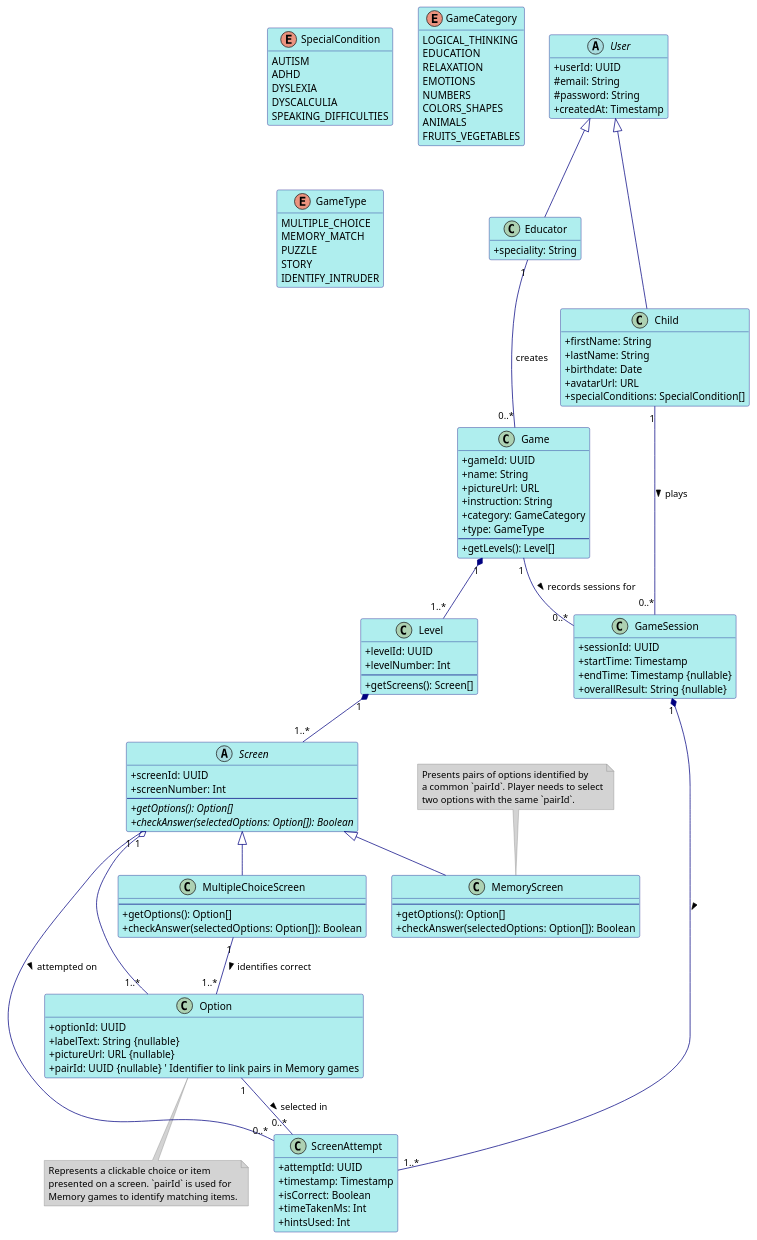
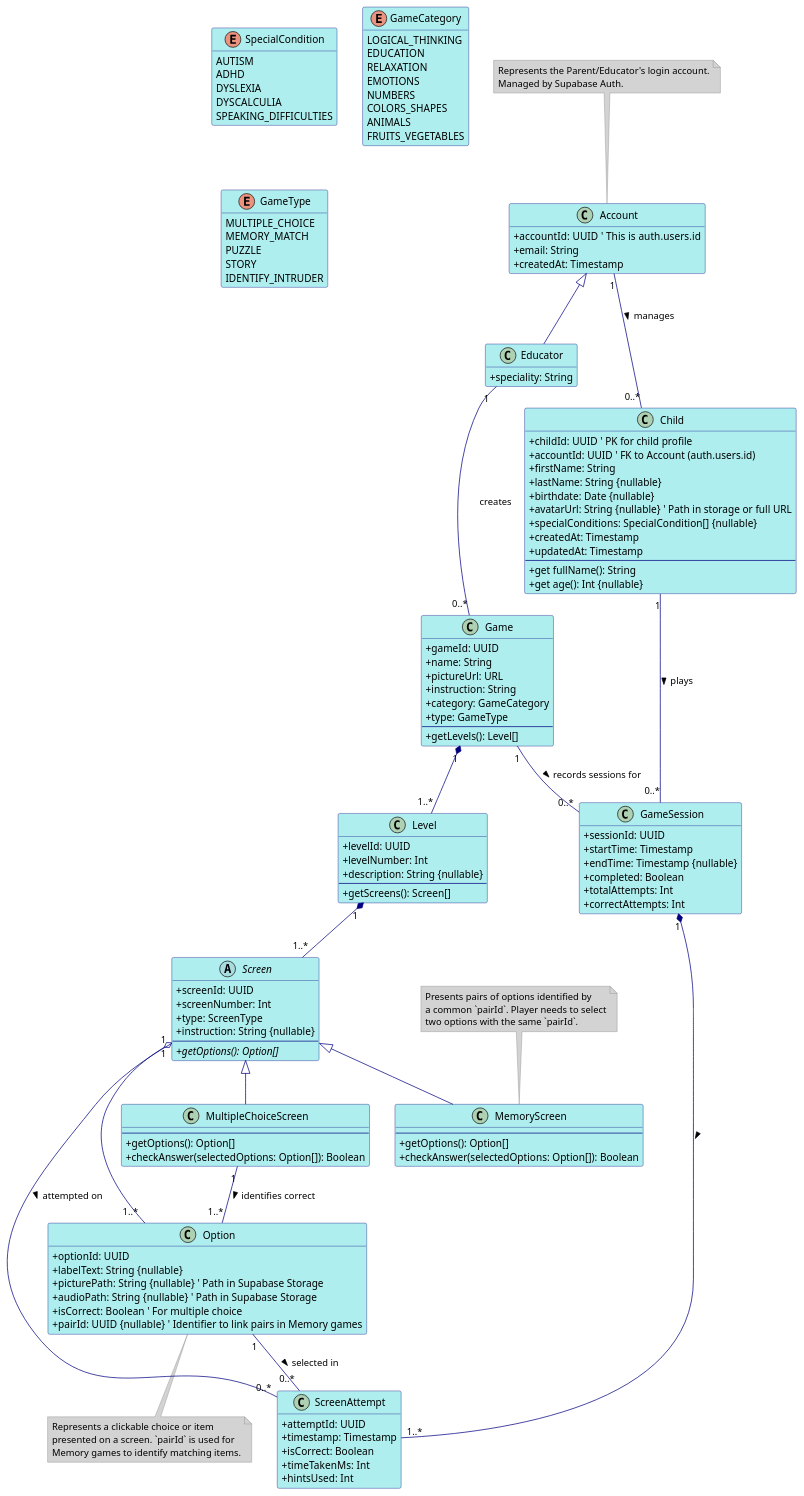
Before and after one commit to YounesMakhlouf/PFA: the diagram in docs/entity_diagram.puml, drawn with PlantUML. The commit also changed 17 other files, not shown here.

```diff
--- a/docs/entity_diagram.puml
+++ b/docs/entity_diagram.puml
@@ -1,169 +1,184 @@
 @startuml
 
 ' Basic styling for clarity
 skinparam classAttributeIconSize 0
 hide empty members
 skinparam shadowing false
 skinparam defaultFontName Segoe UI
 skinparam class {
     BackgroundColor PaleTurquoise
     ArrowColor Navy
     BorderColor Navy
 }
 skinparam enum {
     BackgroundColor LightYellow
     ArrowColor Olive
     BorderColor Olive
 }
 skinparam abstract {
     BackgroundColor LightGray
 }
 skinparam note {
     BackgroundColor LightGrey
     BorderColor Grey
 }
 
 ' --- Enumerations ---
 
 enum SpecialCondition {
   AUTISM
   ADHD
   DYSLEXIA
   DYSCALCULIA
   SPEAKING_DIFFICULTIES
 }
 
 enum GameCategory {
   LOGICAL_THINKING
   EDUCATION
   RELAXATION
   EMOTIONS
   NUMBERS
   COLORS_SHAPES
   ANIMALS
   FRUITS_VEGETABLES
 }
 
 enum GameType {
   MULTIPLE_CHOICE
   MEMORY_MATCH
   PUZZLE
   STORY
   IDENTIFY_INTRUDER
 }
 
 ' --- User Hierarchy ---
 
-abstract class User {
-  + userId: UUID
-  # email: String
-  # password: String
-  + createdAt: Timestamp
-}
-
-class Educator extends User {
+class Educator extends Account {
   + speciality: String
 }
 
-class Child extends User {
-  ' userId, email, password, createdAt inherited from User
+class Account {
+  + accountId: UUID  ' This is auth.users.id
+  + email: String
+  ' password handled by Supabase Auth
+  + createdAt: Timestamp
+}
+note top of Account : Represents the Parent/Educator's login account.\nManaged by Supabase Auth.
+
+class Child {
+  + childId: UUID ' PK for child profile
+  + accountId: UUID ' FK to Account (auth.users.id)
   + firstName: String
-  + lastName: String
-  + birthdate: Date
-  + avatarUrl: URL
-  + specialConditions: SpecialCondition[]
+  + lastName: String {nullable}
+  + birthdate: Date {nullable}
+  + avatarUrl: String {nullable} ' Path in storage or full URL
+  + specialConditions: SpecialCondition[] {nullable}
+  + createdAt: Timestamp
+  + updatedAt: Timestamp
+  --
+  + get fullName(): String
+  + get age(): Int {nullable}
 }
+
 
 ' --- Game Structure ---
 
 class Game {
   + gameId: UUID
   + name: String
   + pictureUrl: URL
   + instruction: String
   + category: GameCategory
   + type: GameType
   --
   + getLevels(): Level[]
 }
 
 class Level {
   + levelId: UUID
   + levelNumber: Int
+  + description: String {nullable}
   --
   + getScreens(): Screen[]
 }
 
 abstract class Screen {
   + screenId: UUID
   + screenNumber: Int
+  + type: ScreenType
+  + instruction: String {nullable}
   --
   + {abstract} getOptions(): Option[]
-  + {abstract} checkAnswer(selectedOptions: Option[]): Boolean
 }
 
 class MultipleChoiceScreen extends Screen {
   --
   + getOptions(): Option[]
   + checkAnswer(selectedOptions: Option[]): Boolean
 }
 
 class MemoryScreen extends Screen {
   --
   + getOptions(): Option[]
   + checkAnswer(selectedOptions: Option[]): Boolean
 }
 note top of MemoryScreen
   Presents pairs of options identified by
   a common `pairId`. Player needs to select
   two options with the same `pairId`.
 end note
 
 class Option {
   + optionId: UUID
   + labelText: String {nullable}
-  + pictureUrl: URL {nullable}
+  + picturePath: String {nullable} ' Path in Supabase Storage
+  + audioPath: String {nullable} ' Path in Supabase Storage
+  + isCorrect: Boolean ' For multiple choice
   + pairId: UUID {nullable} ' Identifier to link pairs in Memory games
 }
 note bottom of Option
   Represents a clickable choice or item
   presented on a screen. `pairId` is used for
   Memory games to identify matching items.
 end note
 
 ' --- Progress Tracking ---
 
 class GameSession {
   + sessionId: UUID
   + startTime: Timestamp
   + endTime: Timestamp {nullable}
-  + overallResult: String {nullable}
+  + completed: Boolean
+  + totalAttempts: Int
+  + correctAttempts: Int
 }
 
 class ScreenAttempt {
   + attemptId: UUID
   + timestamp: Timestamp
   + isCorrect: Boolean
   + timeTakenMs: Int
   + hintsUsed: Int
 }
 
 
 ' --- Relationships ---
+Account "1" -- "0..*" Child : manages >
 Educator "1" -- "0..*" Game : creates
 
 ' Game Structure Relationships
 Game "1" *-- "1..*" Level
 Level "1" *-- "1..*" Screen
 Screen "1" o-- "1..*" Option
 
 MultipleChoiceScreen "1" -- "1..*" Option : identifies correct >
 
 ' Progress Tracking Relationships
 Child "1" -- "0..*" GameSession : plays >
 Game "1" -- "0..*" GameSession : records sessions for >
 GameSession "1" *-- "1..*" ScreenAttempt : >
 Screen "1" -- "0..*" ScreenAttempt : attempted on >
 Option "1" -- "0..*" ScreenAttempt : selected in >
 
 @enduml
```
